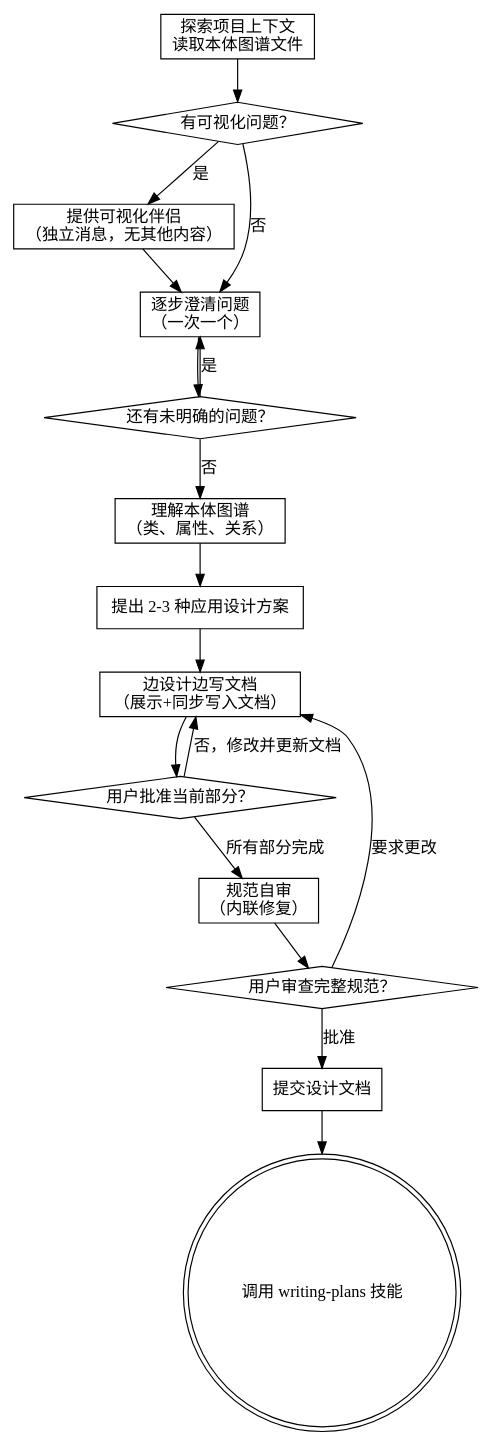
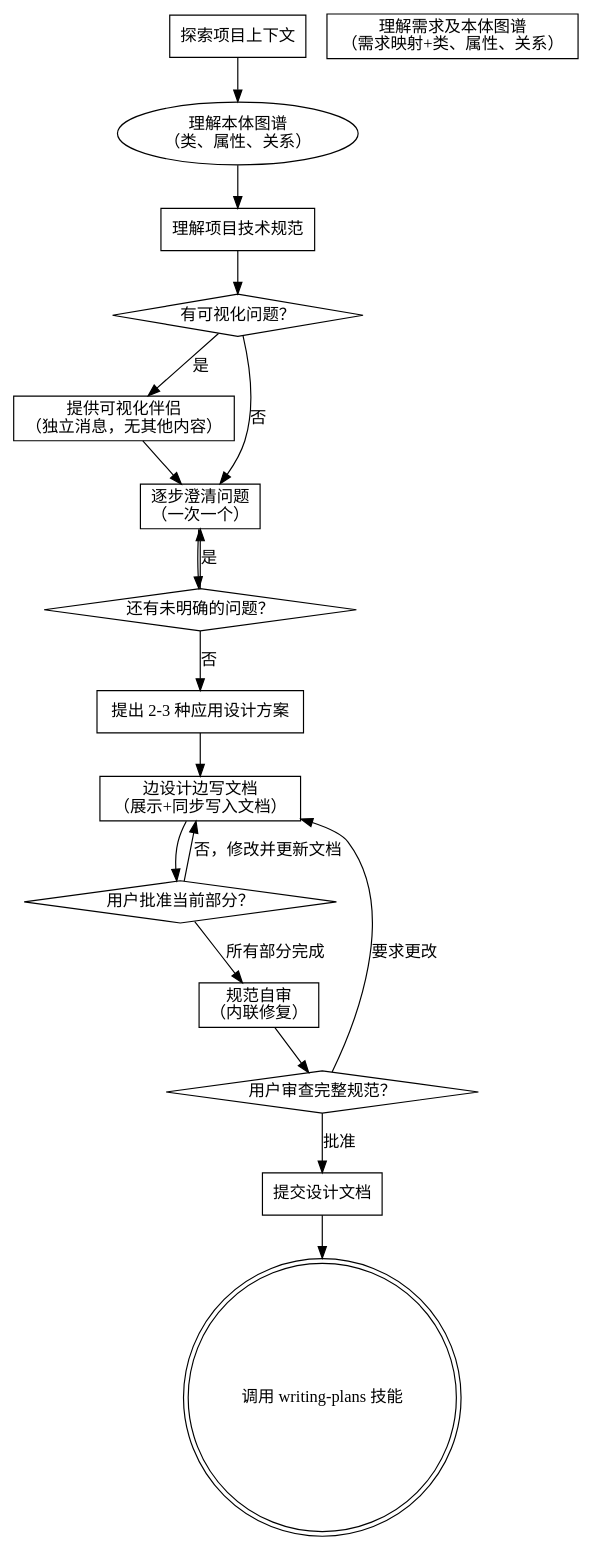
The diagram in .claude/skills/app-design/SKILL.md (bazhuang/coding-skills), drawn with Graphviz before and after one commit. The commit also changed other lines of this file, not shown here.

````diff
--- a/.claude/skills/app-design/SKILL.md
+++ b/.claude/skills/app-design/SKILL.md
@@ -36,34 +37,36 @@
 ```dot
 digraph brainstorming {
-    "探索项目上下文\n读取本体图谱文件" [shape=box];
+    "探索项目上下文" [shape=box];
+    "理解需求及本体图谱\n（需求映射+类、属性、关系）" [shape=box];
+    "理解项目技术规范" [shape=box];
     "有可视化问题？" [shape=diamond];
     "提供可视化伴侣\n（独立消息，无其他内容）" [shape=box];
     "逐步澄清问题\n（一次一个）" [shape=box];
     "还有未明确的问题？" [shape=diamond];
-    "理解本体图谱\n（类、属性、关系）" [shape=box];
     "提出 2-3 种应用设计方案" [shape=box];
     "边设计边写文档\n（展示+同步写入文档）" [shape=box];
     "用户批准当前部分？" [shape=diamond];
     "规范自审\n（内联修复）" [shape=box];
     "用户审查完整规范？" [shape=diamond];
     "提交设计文档" [shape=box];
     "调用 writing-plans 技能" [shape=doublecircle];
 
-    "探索项目上下文\n读取本体图谱文件" -> "有可视化问题？";
+    "探索项目上下文" -> "理解本体图谱\n（类、属性、关系）";
+    "理解本体图谱\n（类、属性、关系）" -> "理解项目技术规范";
+    "理解项目技术规范" -> "有可视化问题？";
     "有可视化问题？" -> "提供可视化伴侣\n（独立消息，无其他内容）" [label="是"];
     "有可视化问题？" -> "逐步澄清问题\n（一次一个）" [label="否"];
     "提供可视化伴侣\n（独立消息，无其他内容）" -> "逐步澄清问题\n（一次一个）";
     "逐步澄清问题\n（一次一个）" -> "还有未明确的问题？";
     "还有未明确的问题？" -> "逐步澄清问题\n（一次一个）" [label="是"];
-    "还有未明确的问题？" -> "理解本体图谱\n（类、属性、关系）" [label="否"];
-    "理解本体图谱\n（类、属性、关系）" -> "提出 2-3 种应用设计方案";
+    "还有未明确的问题？" -> "提出 2-3 种应用设计方案" [label="否"];
     "提出 2-3 种应用设计方案" -> "边设计边写文档\n（展示+同步写入文档）";
     "边设计边写文档\n（展示+同步写入文档）" -> "用户批准当前部分？";
     "用户批准当前部分？" -> "边设计边写文档\n（展示+同步写入文档）" [label="否，修改并更新文档"];
     "用户批准当前部分？" -> "规范自审\n（内联修复）" [label="所有部分完成"];
     "规范自审\n（内联修复）" -> "用户审查完整规范？";
     "用户审查完整规范？" -> "边设计边写文档\n（展示+同步写入文档）" [label="要求更改"];
     "用户审查完整规范？" -> "提交设计文档" [label="批准"];
     "提交设计文档" -> "调用 writing-plans 技能";
 }
 ```
````
